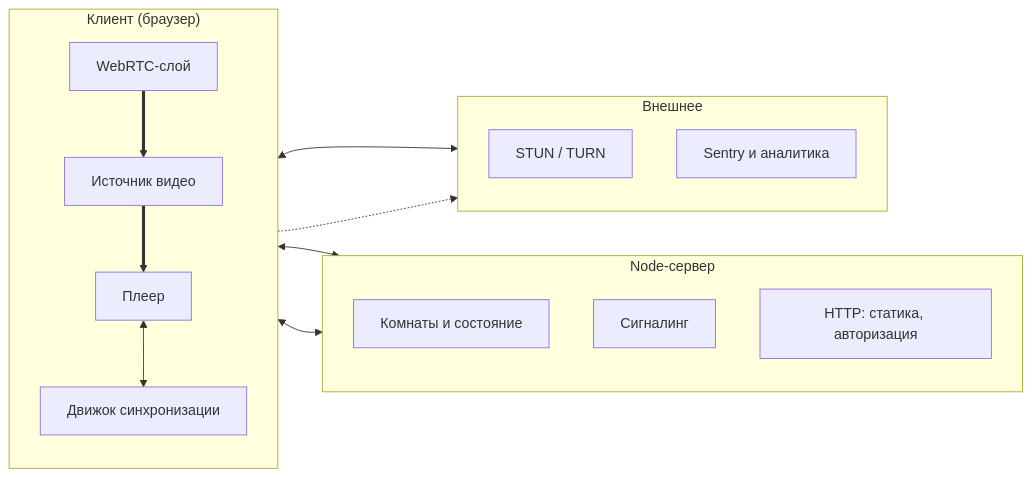
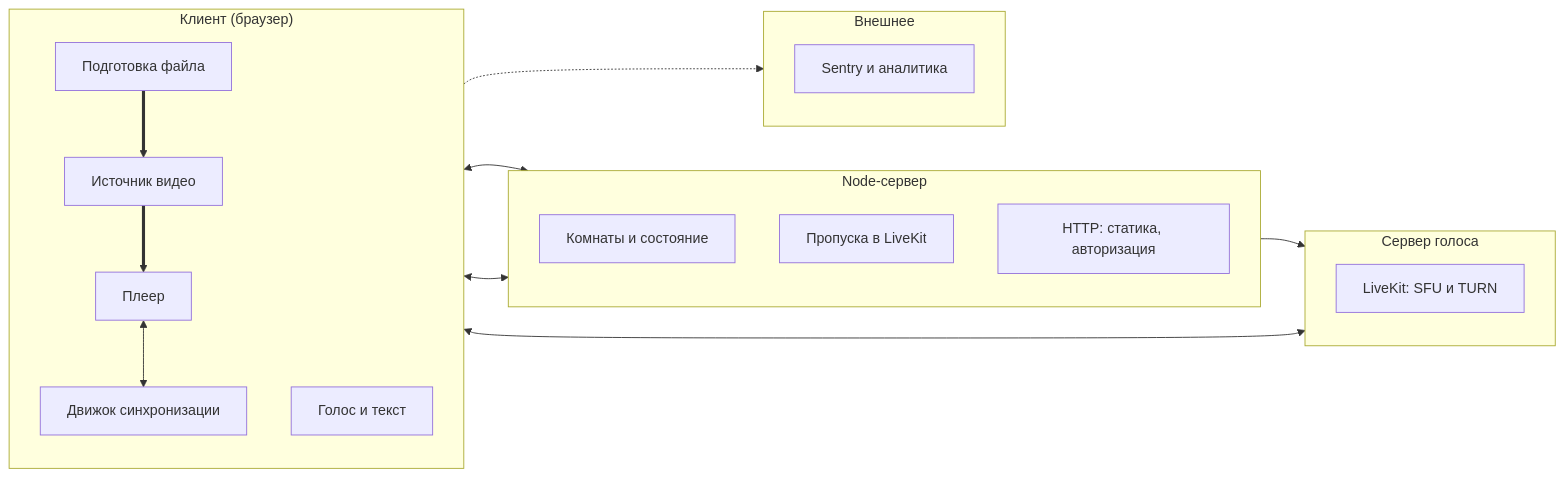
One commit to trybenon/web-dev changed the first of 3 diagrams in docs/architecture.md. Above: the diagram before and after it, drawn with Mermaid. The commit also changed other lines of this file and 6 other files, not shown here.

````diff
--- a/docs/architecture.md
+++ b/docs/architecture.md
@@ -33,31 +33,37 @@
 ```mermaid
 flowchart LR
     subgraph CLIENT["Клиент (браузер)"]
         direction TB
+        PREP["Подготовка файла"]
         SRC["Источник видео"]
         PLAY["Плеер"]
         SYNC["Движок синхронизации"]
-        RTC["WebRTC-слой"]
+        VOICE["Голос и текст"]
     end
 
     subgraph SRV["Node-сервер"]
         direction TB
         ROOMS["Комнаты и состояние"]
-        SIG["Сигналинг"]
+        TOK["Пропуска в LiveKit"]
         HTTP["HTTP: статика, авторизация"]
+    end
+
+    subgraph LK["Сервер голоса"]
+        direction TB
+        LKS["LiveKit: SFU и TURN"]
     end
 
     subgraph EXT["Внешнее"]
         direction TB
-        TURN["STUN / TURN"]
         OBS["Sentry и аналитика"]
     end
 
+    PREP ==> SRC
     SRC ==> PLAY
     PLAY <--> SYNC
-    RTC ==> SRC
     SYNC <--> ROOMS
-    RTC <--> SIG
-    RTC <--> TURN
+    SYNC <--> TOK
+    VOICE <--> LKS
+    TOK --> LKS
     SYNC -.-> OBS
 ```
````
